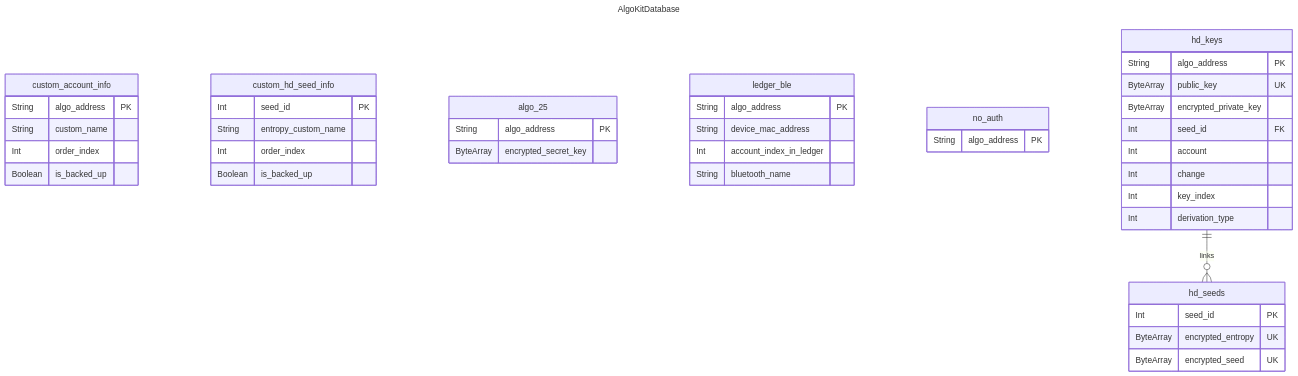
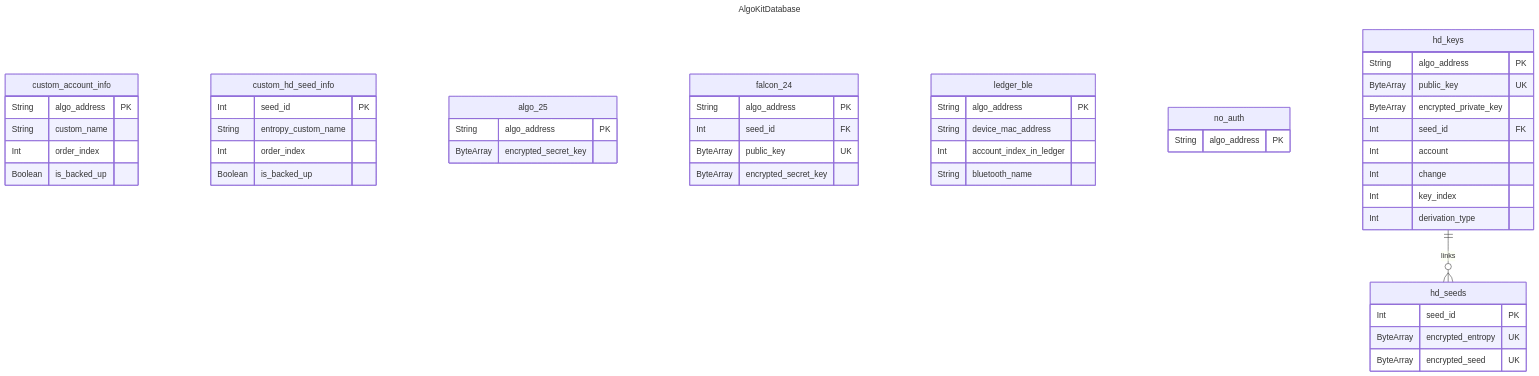
The third of 3 diagrams in README.md (michaeltchuang/algokit-walletsdk-kmp), drawn with Mermaid before and after one commit. The commit also changed other lines of this file and 65 other files, not shown here.

````diff
--- a/README.md
+++ b/README.md
@@ -177,47 +178,53 @@
 ```mermaid
 ---
 title: AlgoKitDatabase
 ---
 erDiagram
     custom_account_info {
         String algo_address PK
         String custom_name
         Int order_index
         Boolean is_backed_up
     }
     custom_hd_seed_info {
         Int seed_id PK
         String entropy_custom_name
         Int order_index
         Boolean is_backed_up
     }
     algo_25 {
         String algo_address PK
+        ByteArray encrypted_secret_key
+    }
+    falcon_24 {
+        String algo_address PK
+        Int seed_id FK
+        ByteArray public_key UK
         ByteArray encrypted_secret_key
     }
     ledger_ble {
         String algo_address PK
         String device_mac_address
         Int account_index_in_ledger
         String bluetooth_name
     }
     no_auth {
         String algo_address PK
     }
     hd_seeds {
         Int seed_id PK
         ByteArray encrypted_entropy UK
         ByteArray encrypted_seed UK
     }
     hd_keys {
         String algo_address PK
         ByteArray public_key UK
         ByteArray encrypted_private_key
         Int seed_id FK
         Int account
         Int change
         Int key_index
         Int derivation_type
     }
     hd_keys ||--o{ hd_seeds : links
 ```
````
